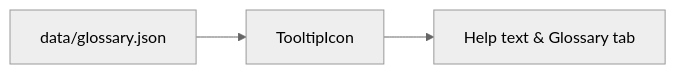
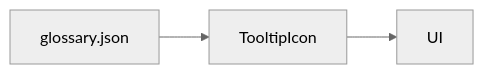
Before and after one commit to DMontgomery40/ragweld: the diagram in mkdocs/docs/glossary.md, drawn with Mermaid (neutral theme). The commit also changed other lines of this file and 92 other files, not shown here.

````diff
--- a/mkdocs/docs/glossary.md
+++ b/mkdocs/docs/glossary.md
@@ -45,5 +48,5 @@
 ```mermaid
 flowchart LR
-    data_glossary[data/glossary.json] --> UI_Tooltip[TooltipIcon]
-    UI_Tooltip --> Frontend[Help text & Glossary tab]
+    glossary.json --> TooltipIcon
+    TooltipIcon --> UI
 ```
````
